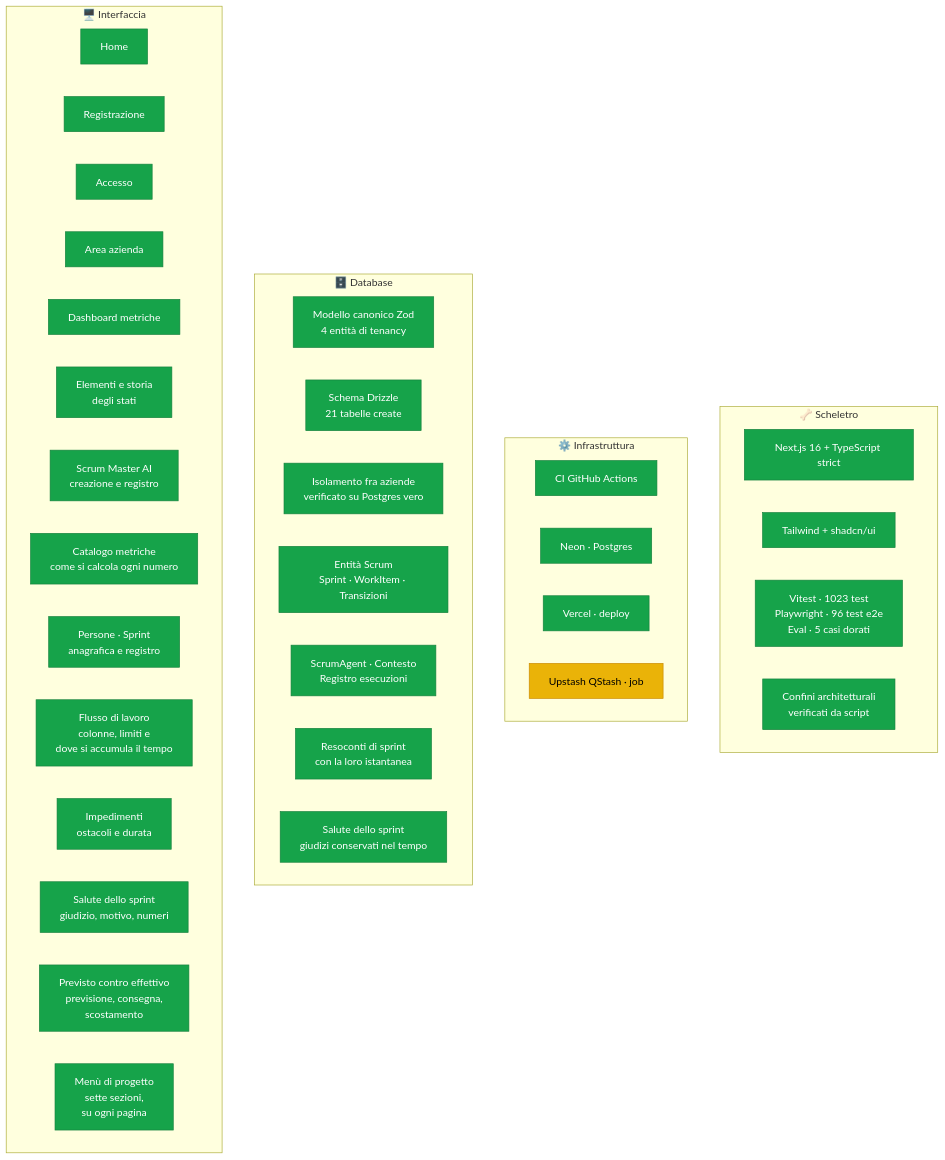
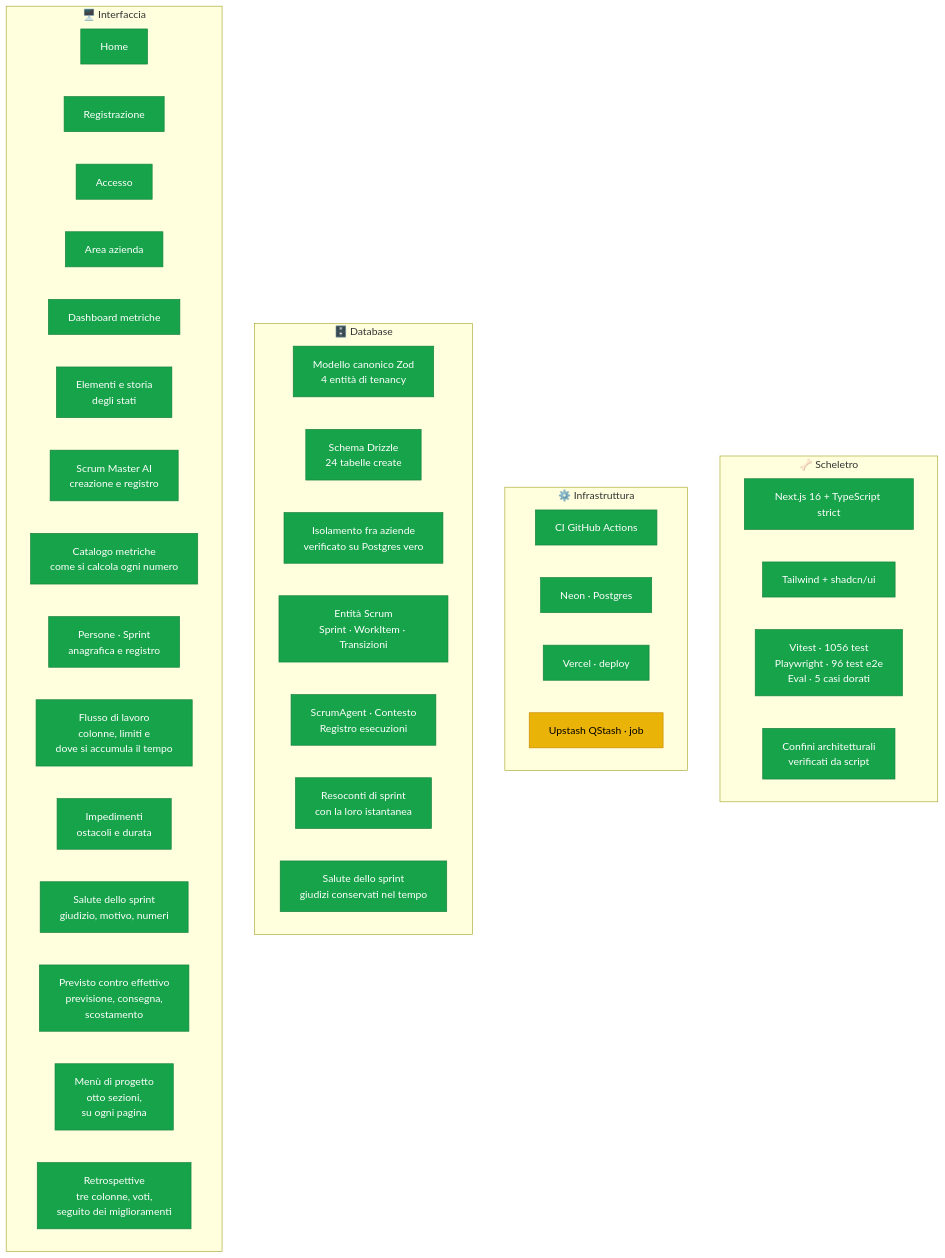
Before and after one commit to dibari62/scrum-master-ai: the first of 3 diagrams in docs/stato-progetto.md, drawn with Mermaid. The commit also changed other lines of this file and 27 other files, not shown here.

````diff
--- a/docs/stato-progetto.md
+++ b/docs/stato-progetto.md
@@ -16,53 +16,54 @@
 ```mermaid
 graph TB
     subgraph SCH["🦴 Scheletro"]
         S1["Next.js 16 + TypeScript strict"]
         S2["Tailwind + shadcn/ui"]
-        S3["Vitest · 1023 test<br/>Playwright · 96 test e2e<br/>Eval · 5 casi dorati"]
+        S3["Vitest · 1056 test<br/>Playwright · 96 test e2e<br/>Eval · 5 casi dorati"]
         S4["Confini architetturali<br/>verificati da script"]
     end
 
     subgraph INF["⚙️ Infrastruttura"]
         I1["CI GitHub Actions"]
         I2["Neon · Postgres"]
         I3["Vercel · deploy"]
         I4["Upstash QStash · job"]
     end
 
     subgraph DB["🗄️ Database"]
         D1["Modello canonico Zod<br/>4 entità di tenancy"]
-        D2["Schema Drizzle<br/>21 tabelle create"]
+        D2["Schema Drizzle<br/>24 tabelle create"]
         D3["Isolamento fra aziende<br/>verificato su Postgres vero"]
         D4["Entità Scrum<br/>Sprint · WorkItem · Transizioni"]
         D5["ScrumAgent · Contesto<br/>Registro esecuzioni"]
         D6["Resoconti di sprint<br/>con la loro istantanea"]
         D7["Salute dello sprint<br/>giudizi conservati nel tempo"]
     end
 
     subgraph UI["🖥️ Interfaccia"]
         U1["Home"]
         U2["Registrazione"]
         U3["Accesso"]
         U4["Area azienda"]
         U5["Dashboard metriche"]
         U7["Elementi e storia<br/>degli stati"]
         U6["Scrum Master AI<br/>creazione e registro"]
         U8["Catalogo metriche<br/>come si calcola ogni numero"]
         U9["Persone · Sprint<br/>anagrafica e registro"]
         U10["Flusso di lavoro<br/>colonne, limiti e<br/>dove si accumula il tempo"]
         U11["Impedimenti<br/>ostacoli e durata"]
         U12["Salute dello sprint<br/>giudizio, motivo, numeri"]
         U13["Previsto contro effettivo<br/>previsione, consegna,<br/>scostamento"]
-        U14["Menù di progetto<br/>sette sezioni,<br/>su ogni pagina"]
+        U14["Menù di progetto<br/>otto sezioni,<br/>su ogni pagina"]
+        U15["Retrospettive<br/>tre colonne, voti,<br/>seguito dei miglioramenti"]
     end
 
     classDef fatto fill:#16a34a,stroke:#15803d,color:#fff
     classDef corso fill:#eab308,stroke:#ca8a04,color:#000
     classDef todo fill:#e5e7eb,stroke:#9ca3af,color:#6b7280
 
     class S1,S2,S3,S4 fatto
     class I1,I2,I3 fatto
     class I4 corso
     class D1,D2,D3,D4,D5,D6,D7 fatto
-    class U1,U2,U3,U4,U5,U6,U7,U8,U9,U10,U11,U12,U13,U14 fatto
+    class U1,U2,U3,U4,U5,U6,U7,U8,U9,U10,U11,U12,U13,U14,U15 fatto
 ```
````
